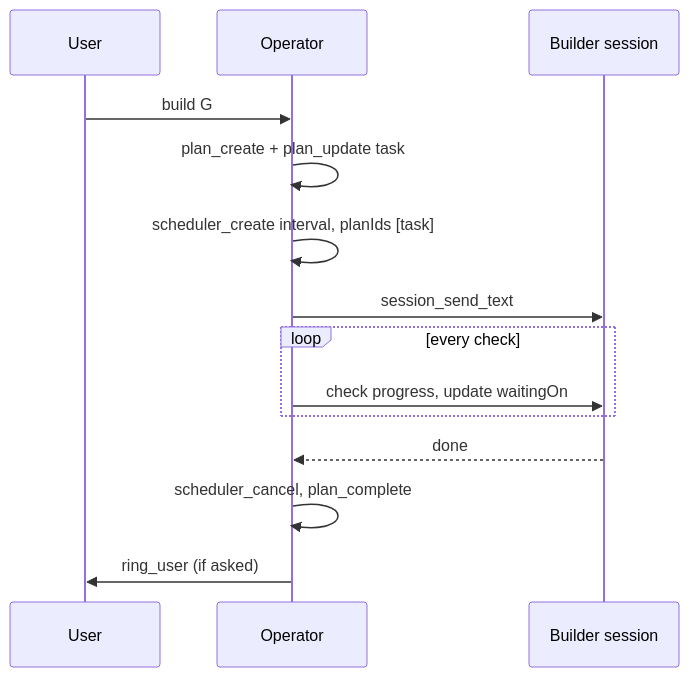
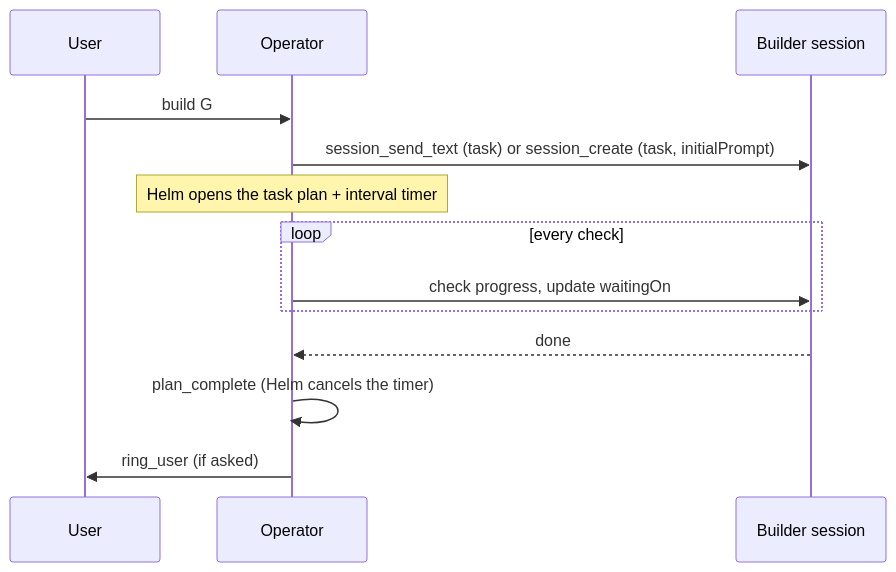
One commit to PetePeter/helm changed diagram 11 of 11 in docs/voice-operator.md. Above: the diagram before and after it, drawn with Mermaid. The commit also changed other lines of this file and 20 other files, not shown here.

````diff
--- a/docs/voice-operator.md
+++ b/docs/voice-operator.md
@@ -487,16 +505,15 @@
 ```mermaid
 sequenceDiagram
     participant U as User
     participant O as Operator
     participant S as Builder session
     U->>O: build G
-    O->>O: plan_create + plan_update task
-    O->>O: scheduler_create interval, planIds [task]
-    O->>S: session_send_text
+    O->>S: session_send_text (task) or session_create (task, initialPrompt)
+    Note over O: Helm opens the task plan + interval timer
     loop every check
         O->>S: check progress, update waitingOn
     end
     S-->>O: done
-    O->>O: scheduler_cancel, plan_complete
+    O->>O: plan_complete (Helm cancels the timer)
     O->>U: ring_user (if asked)
 ```
````
